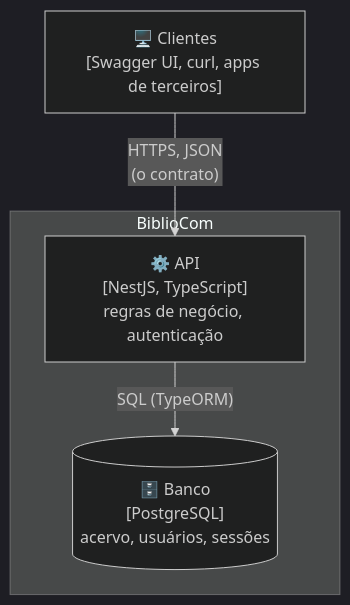
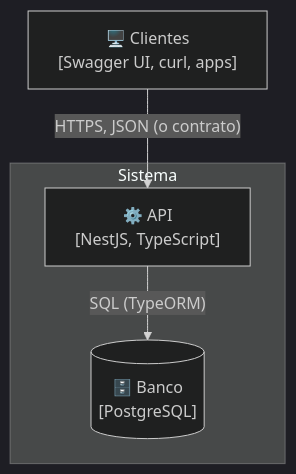
Before and after one commit to heliobentzen/dpw: the second of 3 diagrams in modulos/02-arquitetura-desacoplada/README.md, drawn with Mermaid (dark theme). The commit also changed other lines of this file and 78 other files, not shown here.

````diff
--- a/modulos/02-arquitetura-desacoplada/README.md
+++ b/modulos/02-arquitetura-desacoplada/README.md
@@ -146,10 +81,10 @@
 ```mermaid
 flowchart TB
-    Cli["🖥️ Clientes<br/>[Swagger UI, curl, apps de terceiros]"]
-    subgraph BiblioCom["BiblioCom"]
-        API["⚙️ API<br/>[NestJS, TypeScript]<br/>regras de negócio, autenticação"]
-        DB[("🗄️ Banco<br/>[PostgreSQL]<br/>acervo, usuários, sessões")]
+    Cli["🖥️ Clientes<br/>[Swagger UI, curl, apps]"]
+    subgraph Sistema
+        API["⚙️ API<br/>[NestJS, TypeScript]"]
+        DB[("🗄️ Banco<br/>[PostgreSQL]")]
     end
-    Cli -- "HTTPS, JSON<br/>(o contrato)" --> API
+    Cli -- "HTTPS, JSON (o contrato)" --> API
     API -- "SQL (TypeORM)" --> DB
 ```
````
